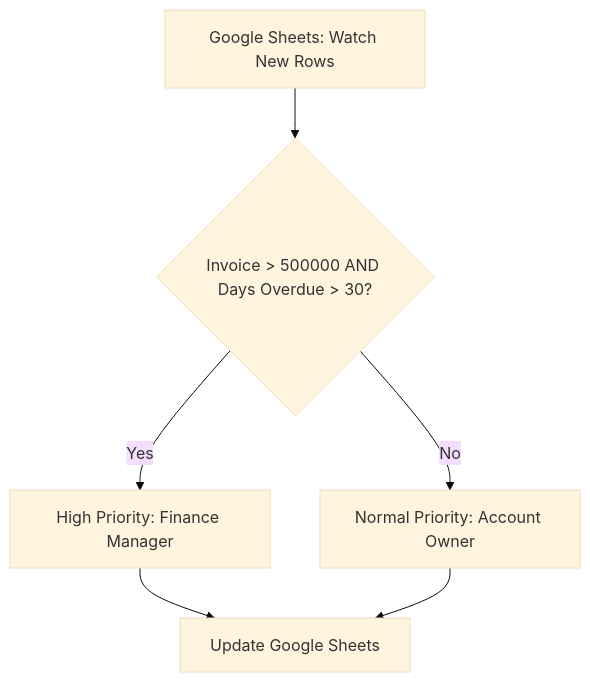
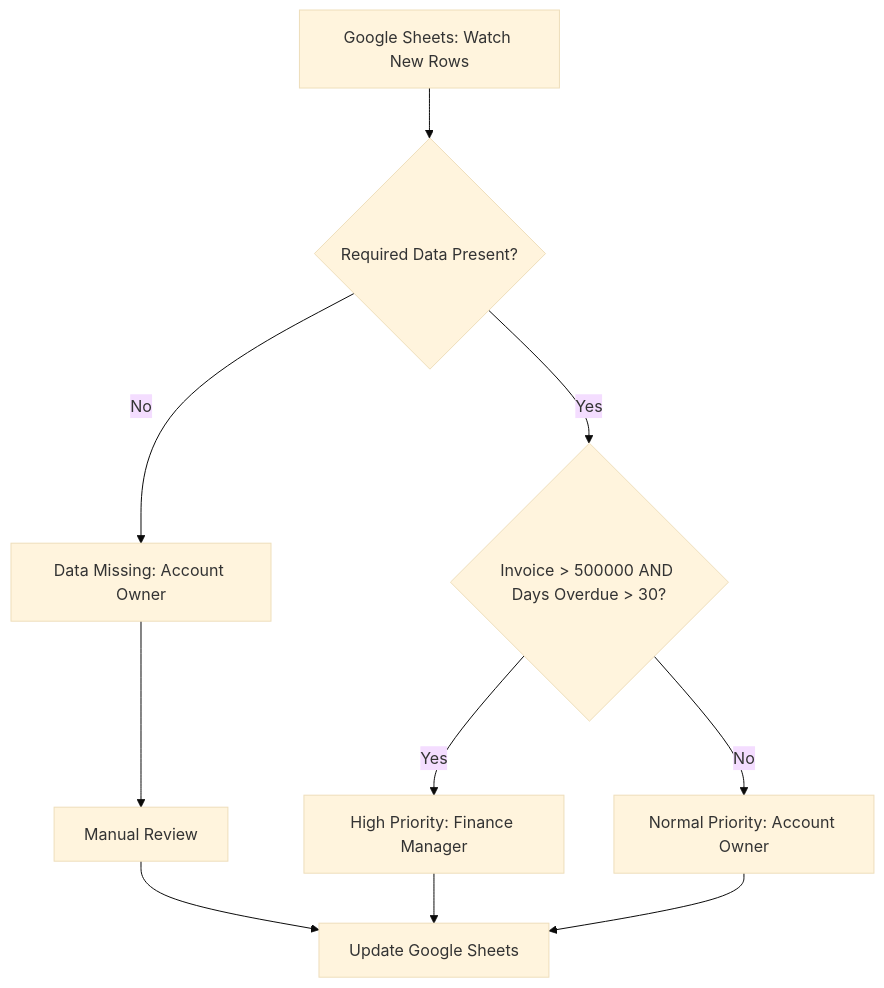
The diagram in README.md (chaitanyasinha4-blip/collections-automation-engine), drawn with Mermaid (base theme) before and after one commit. The commit also changed other lines of this file, not shown here.

````diff
--- a/README.md
+++ b/README.md
@@ -22,8 +26,16 @@
 ```mermaid
 flowchart TD
-A["Google Sheets: Watch New Rows"] --> B{"Invoice > 500000 AND Days Overdue > 30?"}
-B -->|Yes| C["High Priority: Finance Manager"]
-B -->|No| D["Normal Priority: Account Owner"]
-C --> E["Update Google Sheets"]
-D --> E
+    A["Google Sheets: Watch New Rows"] --> B{"Required Data Present?"}
+
+    B -->|No| C["Data Missing: Account Owner"]
+    C --> D["Manual Review"]
+    D --> E["Update Google Sheets"]
+
+    B -->|Yes| F{"Invoice > 500000 AND Days Overdue > 30?"}
+
+    F -->|Yes| G["High Priority: Finance Manager"]
+    F -->|No| H["Normal Priority: Account Owner"]
+
+    G --> E
+    H --> E
 ```
````
